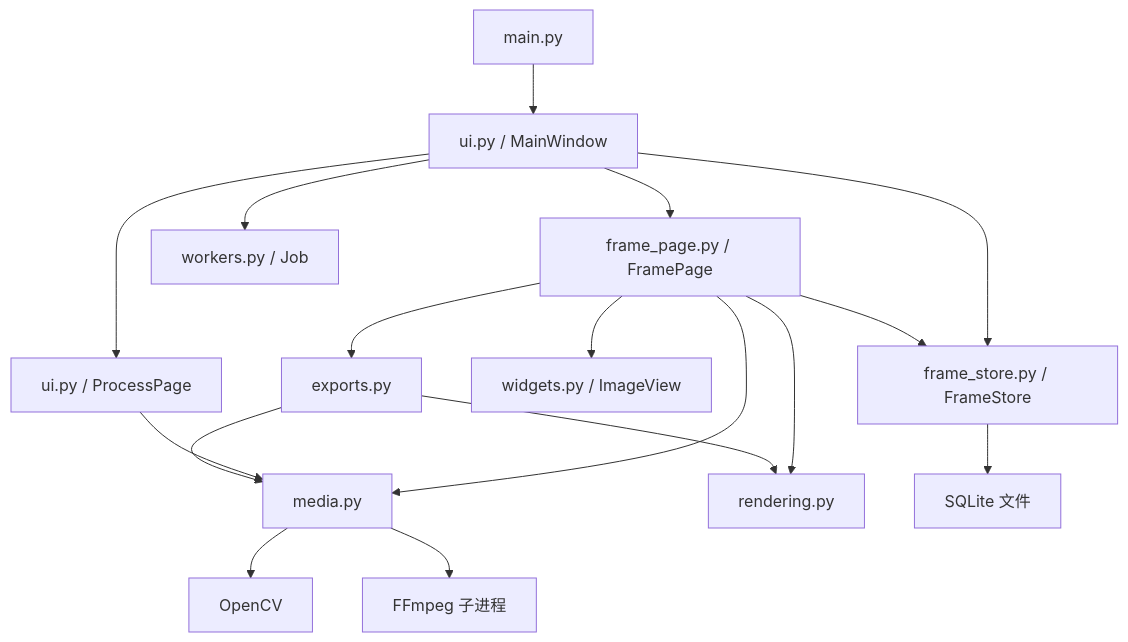
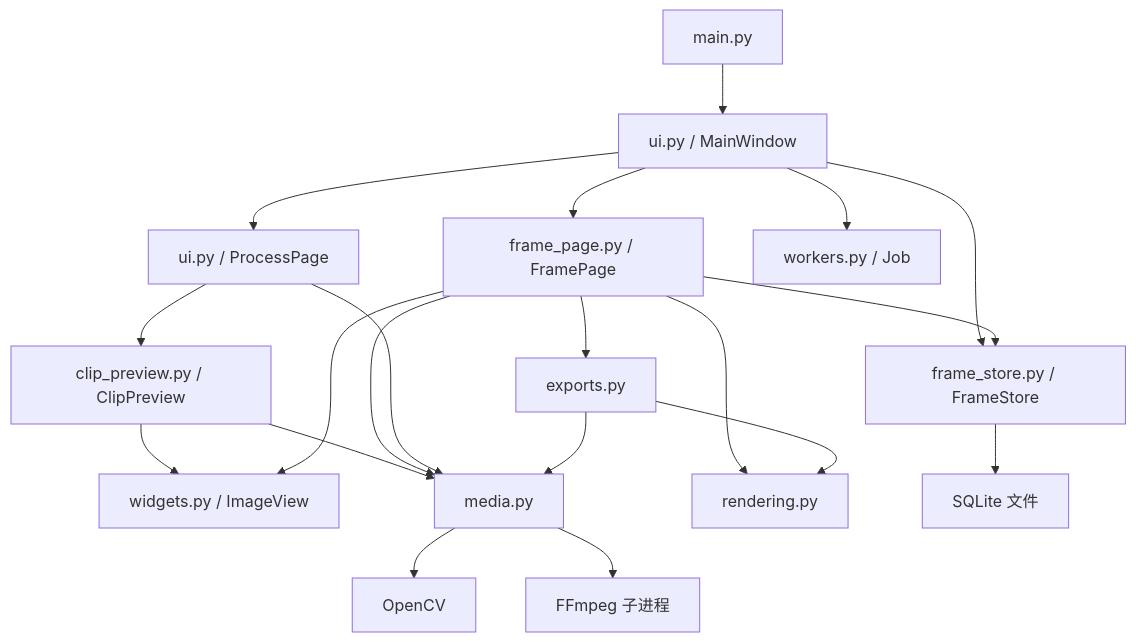
Before and after one commit to XZAXK/Tool: the first of 2 diagrams in 项目架构与代码学习指南.md, drawn with Mermaid. The commit also changed other lines of this file and 10 other files, not shown here.

````diff
--- a/项目架构与代码学习指南.md
+++ b/项目架构与代码学习指南.md
@@ -84,19 +86,22 @@
 ```mermaid
 flowchart TD
     Main[main.py] --> Window[ui.py / MainWindow]
     Window --> Frame[frame_page.py / FramePage]
     Window --> Process[ui.py / ProcessPage]
+    Process --> Clip[clip_preview.py / ClipPreview]
+    Clip --> View
+    Clip --> Media[media.py]
     Window --> Store[frame_store.py / FrameStore]
     Window --> Job[workers.py / Job]
     Frame --> View[widgets.py / ImageView]
     Frame --> Media[media.py]
     Frame --> Store
     Frame --> Export[exports.py]
     Frame --> Render[rendering.py]
     Process --> Media
     Export --> Media
     Export --> Render
     Media --> CV[OpenCV]
     Media --> FF[FFmpeg 子进程]
     Store --> DB[SQLite 文件]
 ```
````
